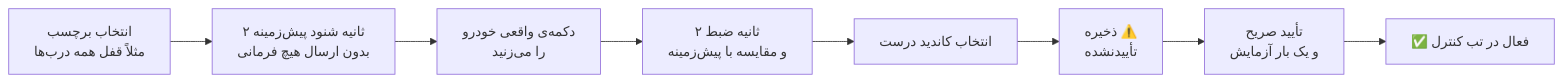
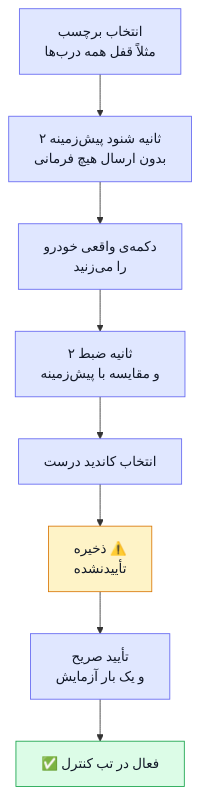
Before and after one commit to boss-splus2/CarTouch: the first of 2 diagrams in README.md, drawn with Mermaid. The commit also changed other lines of this file, not shown here.

````diff
--- a/README.md
+++ b/README.md
@@ -176,10 +204,17 @@
 ```mermaid
-flowchart LR
+flowchart TD
     A["انتخاب برچسب<br/>مثلاً قفل همه درب‌ها"] --> B["۲ ثانیه شنود پیش‌زمینه<br/>بدون ارسال هیچ فرمانی"]
     B --> C["دکمه‌ی واقعی خودرو<br/>را می‌زنید"]
     C --> D["۲ ثانیه ضبط<br/>و مقایسه با پیش‌زمینه"]
     D --> E["انتخاب کاندید درست"]
     E --> F["ذخیره ⚠️<br/>تأییدنشده"]
     F --> G["تأیید صریح<br/>و یک بار آزمایش"]
     G --> H["✅ فعال در تب کنترل"]
+
+    classDef step fill:#e0e7ff,stroke:#6366f1,color:#111827;
+    classDef warn fill:#fef3c7,stroke:#d97706,color:#111827;
+    classDef ok fill:#dcfce7,stroke:#16a34a,color:#111827;
+    class A,B,C,D,E,G step;
+    class F warn;
+    class H ok;
 ```
````
